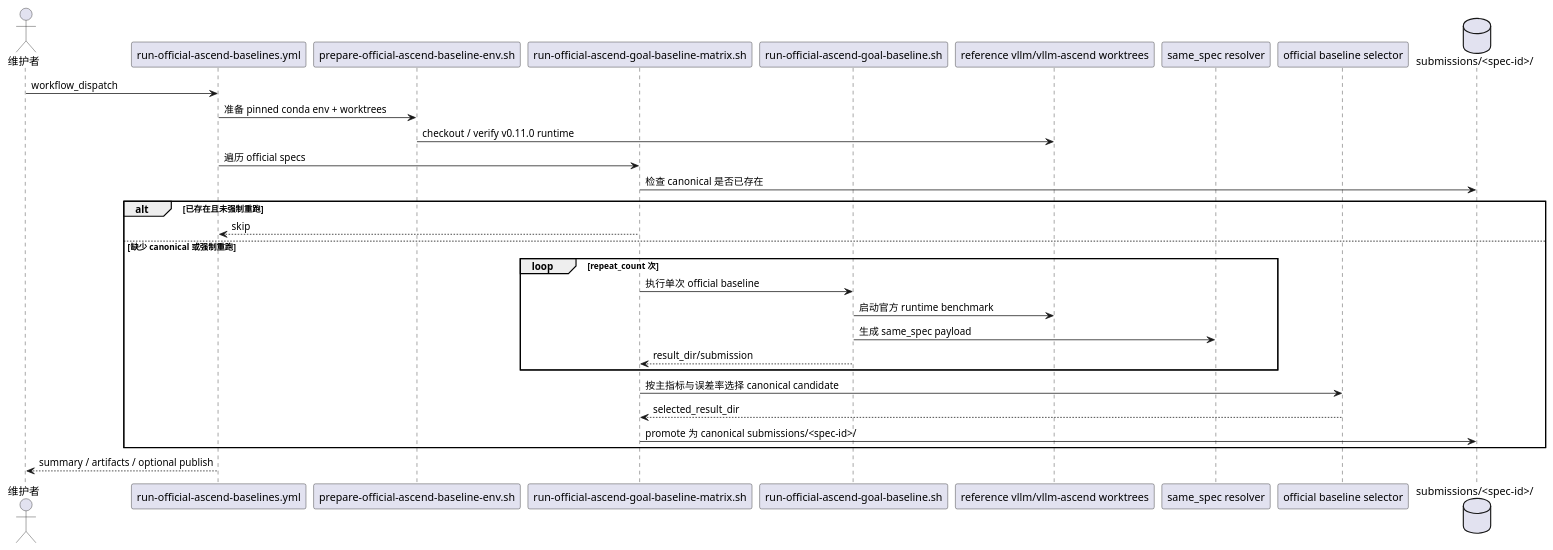
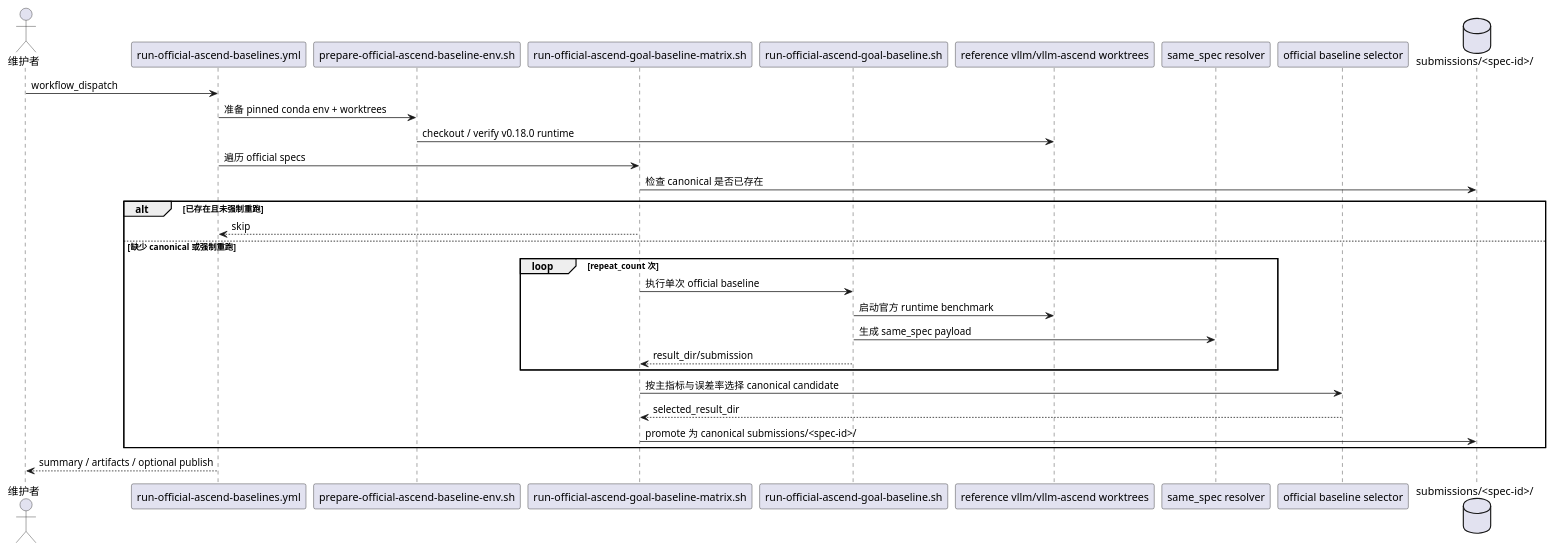
Before and after one commit to vLLM-HUST/vllm-hust-benchmark: the third of 6 diagrams in docs/LEADERBOARD_HANDOFF.md, drawn with PlantUML. The commit also changed other lines of this file and 8 other files, not shown here.

````diff
--- a/docs/LEADERBOARD_HANDOFF.md
+++ b/docs/LEADERBOARD_HANDOFF.md
@@ -228,33 +228,33 @@
 ```plantuml
 @startuml
 actor "维护者" as M
 participant "run-official-ascend-baselines.yml" as WF
 participant "prepare-official-ascend-baseline-env.sh" as PREP
 participant "run-official-ascend-goal-baseline-matrix.sh" as MATRIX
 participant "run-official-ascend-goal-baseline.sh" as SINGLE
 participant "reference vllm/vllm-ascend worktrees" as REF
 participant "same_spec resolver" as SS
 participant "official baseline selector" as SEL
 database "submissions/<spec-id>/" as SUB
 
 M -> WF : workflow_dispatch
 WF -> PREP : 准备 pinned conda env + worktrees
-PREP -> REF : checkout / verify v0.11.0 runtime
+PREP -> REF : checkout / verify v0.18.0 runtime
 WF -> MATRIX : 遍历 official specs
 MATRIX -> SUB : 检查 canonical 是否已存在
 alt 已存在且未强制重跑
   MATRIX --> WF : skip
 else 缺少 canonical 或强制重跑
   loop repeat_count 次
     MATRIX -> SINGLE : 执行单次 official baseline
     SINGLE -> REF : 启动官方 runtime benchmark
     SINGLE -> SS : 生成 same_spec payload
     SINGLE --> MATRIX : result_dir/submission
   end
   MATRIX -> SEL : 按主指标与误差率选择 canonical candidate
   SEL --> MATRIX : selected_result_dir
   MATRIX -> SUB : promote 为 canonical submissions/<spec-id>/
 end
 WF --> M : summary / artifacts / optional publish
 @enduml
 ```
````
